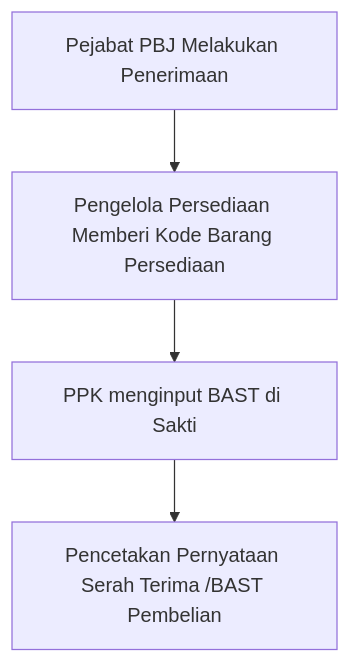
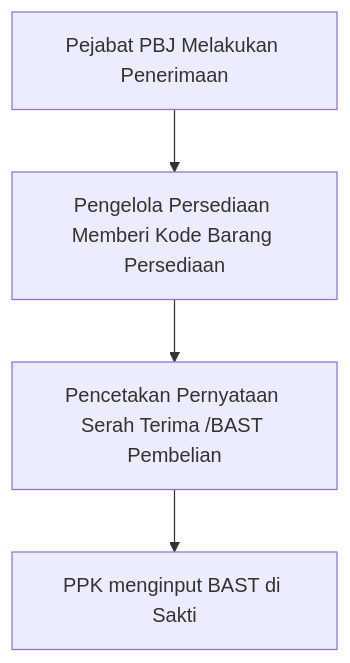
Before and after one commit to laravelwebdev/simpede-docs: the diagram in persediaan/pembelian.mdx, drawn with Mermaid. The commit also changed other lines of this file, not shown here.

Commit message:
Refactor pembelian.mdx flowchart and add warning about inventory balance before printing the Statement of Receipt.

````diff
--- a/persediaan/pembelian.mdx
+++ b/persediaan/pembelian.mdx
@@ -8,6 +8,6 @@
 ```mermaid
   flowchart TB
         top1[Pejabat PBJ Melakukan Penerimaan] --> bottom1[Pengelola Persediaan Memberi Kode Barang Persediaan]
-        bottom1 --> top2[PPK menginput BAST di Sakti]
-        top2 --> bottom2[Pencetakan Pernyataan Serah Terima /BAST Pembelian]
+        bottom1 --> top2[Pencetakan Pernyataan Serah Terima /BAST Pembelian]
+        top2 --> bottom2[PPK menginput BAST di Sakti]
 ```
````
